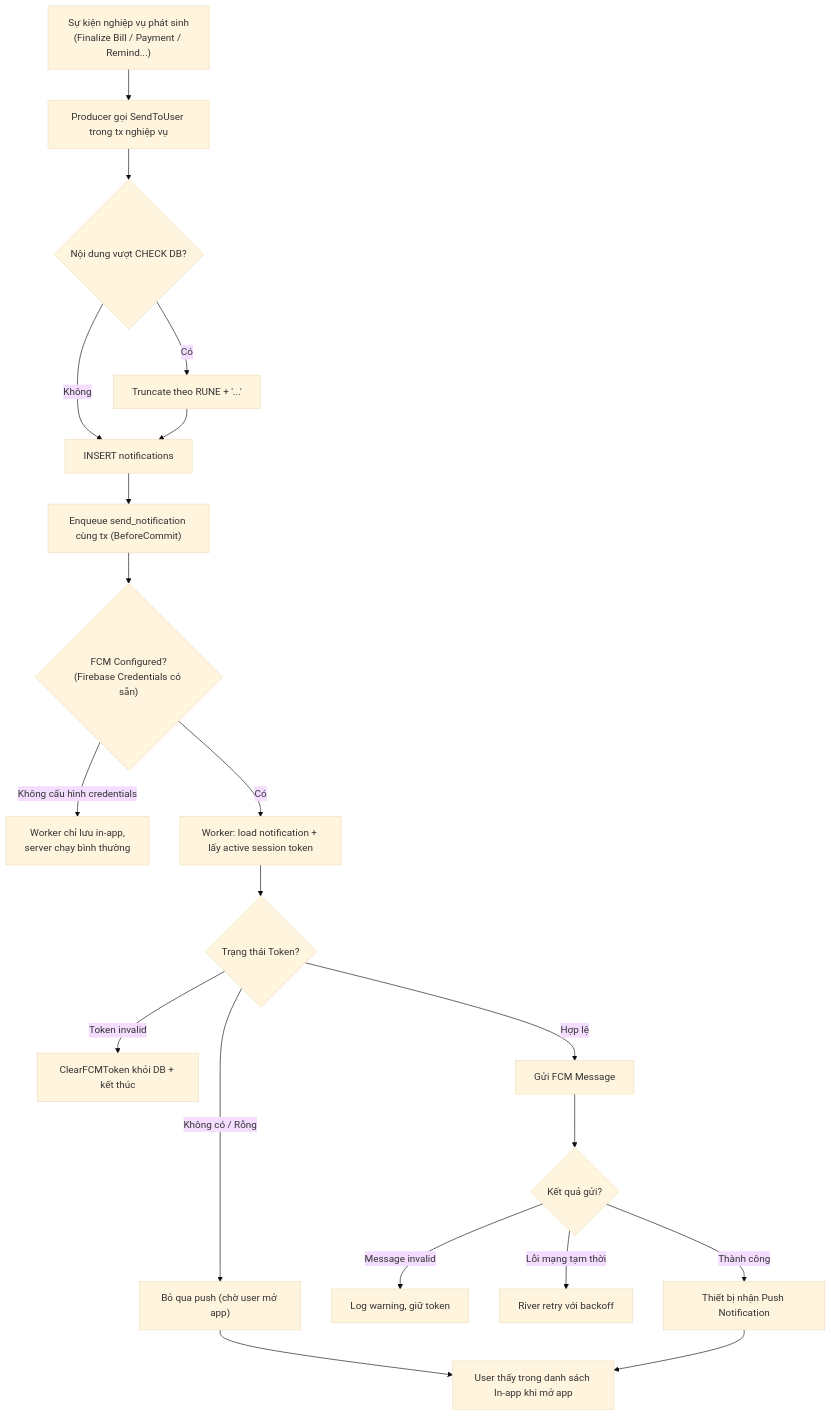
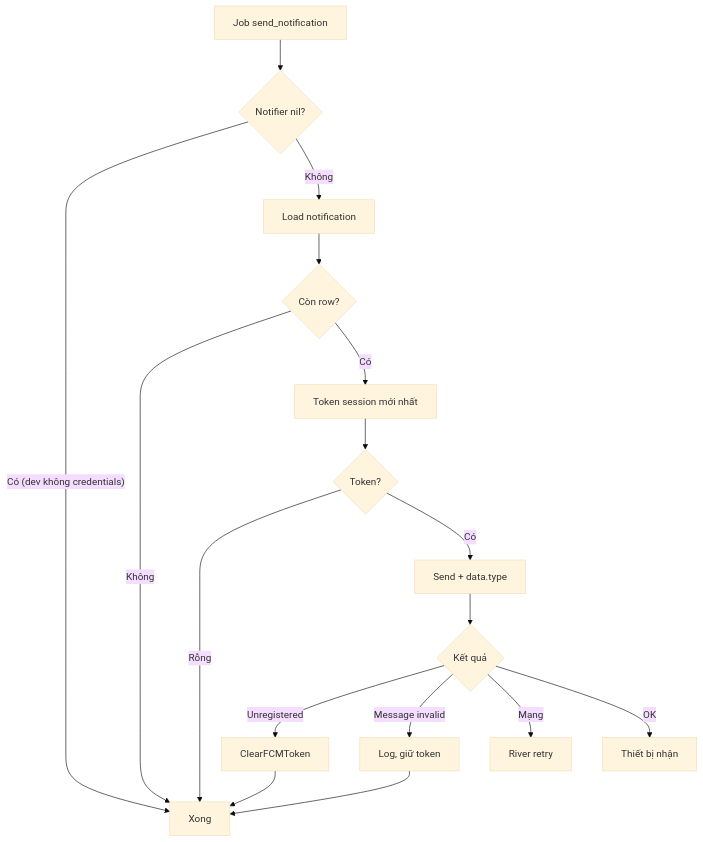
Before and after one commit to FintechVSF-Tranning/PaySplit-RP: the fourth of 5 diagrams in flow/05-notification.md, drawn with Mermaid (base theme). The commit also changed other lines of this file and 8 other files, not shown here.

````diff
--- a/flow/05-notification.md
+++ b/flow/05-notification.md
@@ -159,22 +179,17 @@
 ```mermaid
 flowchart TD
-    A["Sự kiện nghiệp vụ phát sinh<br/>(Finalize Bill / Payment / Remind...)"] --> B["Producer gọi SendToUser trong tx nghiệp vụ"]
-    B --> C{"Nội dung vượt CHECK DB?"}
-    C -->|"Có"| D["Truncate theo RUNE + '...'"]
-    C -->|"Không"| E["INSERT notifications"]
-    D --> E
-    E --> F["Enqueue send_notification cùng tx (BeforeCommit)"]
-    F --> G{"FCM Configured?<br/>(Firebase Credentials có sẵn)"}
-    G -->|"Không cấu hình credentials"| H["Worker chỉ lưu in-app,<br/>server chạy bình thường"]
-    G -->|"Có"| I["Worker: load notification + lấy active session token"]
-    I --> J{"Trạng thái Token?"}
-    J -->|"Không có / Rỗng"| K["Bỏ qua push (chờ user mở app)"]
-    J -->|"Token invalid"| L["ClearFCMToken khỏi DB + kết thúc"]
-    J -->|"Hợp lệ"| M["Gửi FCM Message"]
-    M --> N{"Kết quả gửi?"}
-    N -->|"Message invalid"| O["Log warning, giữ token"]
-    N -->|"Lỗi mạng tạm thời"| P["River retry với backoff"]
-    N -->|"Thành công"| Q["Thiết bị nhận Push Notification"]
-    K --> R["User thấy trong danh sách In-app khi mở app"]
-    Q --> R
+    A["Job send_notification"] --> B{"Notifier nil?"}
+    B -->|"Có (dev không credentials)"| Z["Xong"]
+    B -->|"Không"| C["Load notification"]
+    C --> D{"Còn row?"}
+    D -->|"Không"| Z
+    D -->|"Có"| E["Token session mới nhất"]
+    E --> F{"Token?"}
+    F -->|"Rỗng"| Z
+    F -->|"Có"| G["Send + data.type"]
+    G --> H{"Kết quả"}
+    H -->|"Unregistered"| I["ClearFCMToken"] --> Z
+    H -->|"Message invalid"| J["Log, giữ token"] --> Z
+    H -->|"Mạng"| K["River retry"]
+    H -->|"OK"| L["Thiết bị nhận"]
 ```
````
